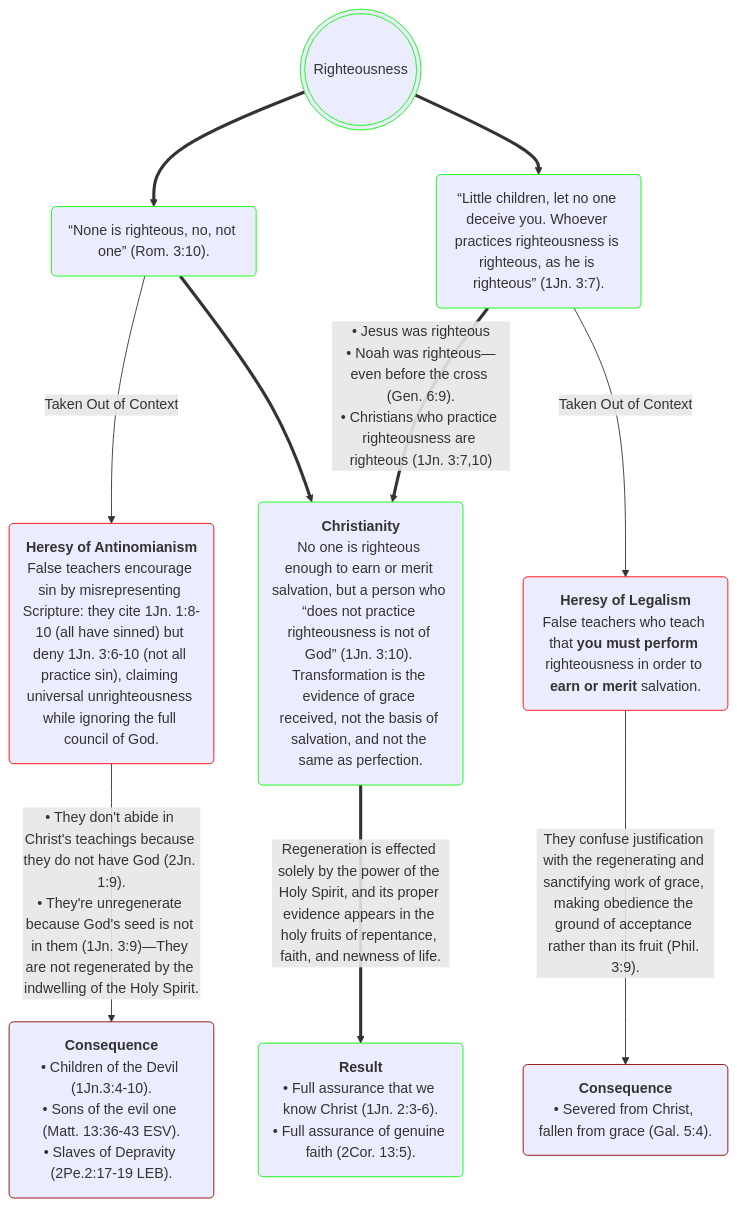
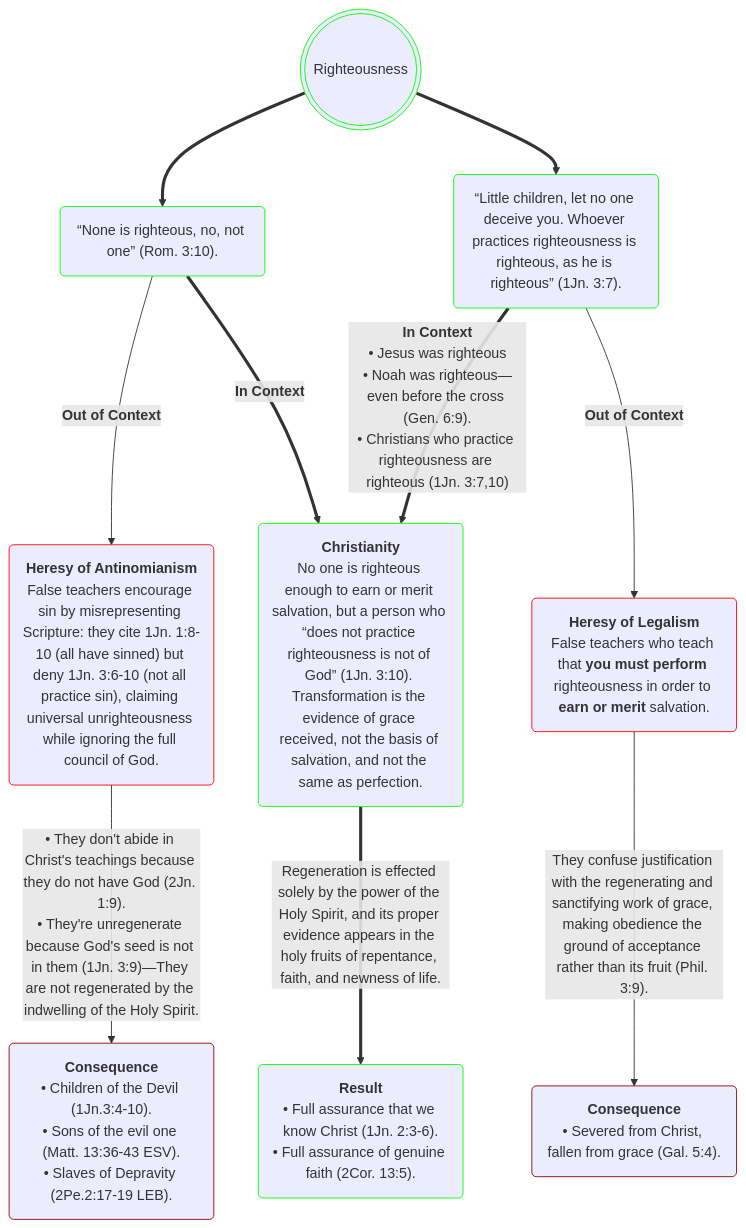
The diagram in _posts/2026-05-23-righteousness.markdown (OrdoLuminis/ordoluminis.github.io), drawn with Mermaid before and after one commit. The commit also changed other lines of this file, not shown here.

````diff
--- a/_posts/2026-05-23-righteousness.markdown
+++ b/_posts/2026-05-23-righteousness.markdown
@@ -46,16 +46,16 @@
 ```mermaid
 flowchart TD
     A(((Righteousness))):::green
     A ==> B(&ldquo;None is righteous, no, not one&rdquo; &lpar;Rom. 3:10&rpar;.):::green
     A ==> C(&ldquo;Little children, let no one deceive you. Whoever practices righteousness is righteous, as he is righteous&rdquo; &lpar;1Jn. 3:7&rpar;.):::green
-    B -->|Taken Out of Context| D(<strong>Heresy of Antinomianism</strong><br>False teachers encourage sin by misrepresenting Scripture: they cite 1Jn. 1:8-10 &lpar;all have sinned&rpar; but deny 1Jn. 3:6-10 &lpar;not all practice sin&rpar;, claiming universal unrighteousness while ignoring the full council of God.):::red
-    C -->|Taken Out of Context| E(<strong>Heresy of Legalism</strong><br>False teachers who teach that <strong>you must perform</strong> righteousness in order to <strong>earn or merit</strong> salvation.):::red
-    B ==> F(<strong>Christianity</strong><br>No one is righteous enough to earn or merit salvation, but a person who &ldquo;does not practice righteousness is not of God&rdquo; &lpar;1Jn. 3:10&rpar;. Transformation is the evidence of grace received, not the basis of salvation, and not the same as perfection.):::green
-    C ==>|&bull; Jesus was righteous<br>&bull; Noah was righteous&mdash;even before the cross &lpar;Gen. 6:9&rpar;.<br>&bull; Christians who practice righteousness are righteous &lpar;1Jn. 3:7,10&rpar;| F
+    B -->|<strong>Out of Context</strong>| D(<strong>Heresy of Antinomianism</strong><br>False teachers encourage sin by misrepresenting Scripture: they cite 1Jn. 1:8-10 &lpar;all have sinned&rpar; but deny 1Jn. 3:6-10 &lpar;not all practice sin&rpar;, claiming universal unrighteousness while ignoring the full council of God.):::red
+    C -->|<strong>Out of Context</strong>| E(<strong>Heresy of Legalism</strong><br>False teachers who teach that <strong>you must perform</strong> righteousness in order to <strong>earn or merit</strong> salvation.):::red
+    B ==>|<strong>In Context</strong>| F(<strong>Christianity</strong><br>No one is righteous enough to earn or merit salvation, but a person who &ldquo;does not practice righteousness is not of God&rdquo; &lpar;1Jn. 3:10&rpar;. Transformation is the evidence of grace received, not the basis of salvation, and not the same as perfection.):::green
+    C ==>|<strong>In Context</strong><br>&bull; Jesus was righteous<br>&bull; Noah was righteous&mdash;even before the cross &lpar;Gen. 6:9&rpar;.<br>&bull; Christians who practice righteousness are righteous &lpar;1Jn. 3:7,10&rpar;| F
     D -->|&bull; They don't abide in Christ's teachings because they do not have God &lpar;2Jn. 1:9&rpar;.<br>&bull; They're unregenerate because God's seed is not in them &lpar;1Jn. 3:9&rpar;&mdash;They are not regenerated by the indwelling of the Holy Spirit.| G(<strong>Consequence</strong><br>&bull; Children of the Devil &lpar;1Jn.3:4-10&rpar;.<br>&bull; Sons of the evil one &lpar;Matt. 13:36-43 ESV&rpar;.<br>&bull; Slaves of Depravity &lpar;2Pe.2:17-19 LEB&rpar;.):::darkred
     E -->|They confuse justification with the regenerating and sanctifying work of grace, making obedience the ground of acceptance rather than its fruit &lpar;Phil. 3:9&rpar;.| H(<strong>Consequence</strong><br>&bull; Severed from Christ, fallen from grace &lpar;Gal. 5:4&rpar;.):::darkred
     F ==>|Regeneration is effected solely by the power of the Holy Spirit, and its proper evidence appears in the holy fruits of repentance, faith, and newness of life.| I(<strong>Result</strong><br>&bull; Full assurance that we know Christ &lpar;1Jn. 2:3-6&rpar;.<br>&bull; Full assurance of genuine faith &lpar;2Cor. 13:5&rpar;. ):::green
     classDef red stroke:#f00
     classDef green stroke:#0f0
     classDef darkred stroke:#8B0000
 ```
````
